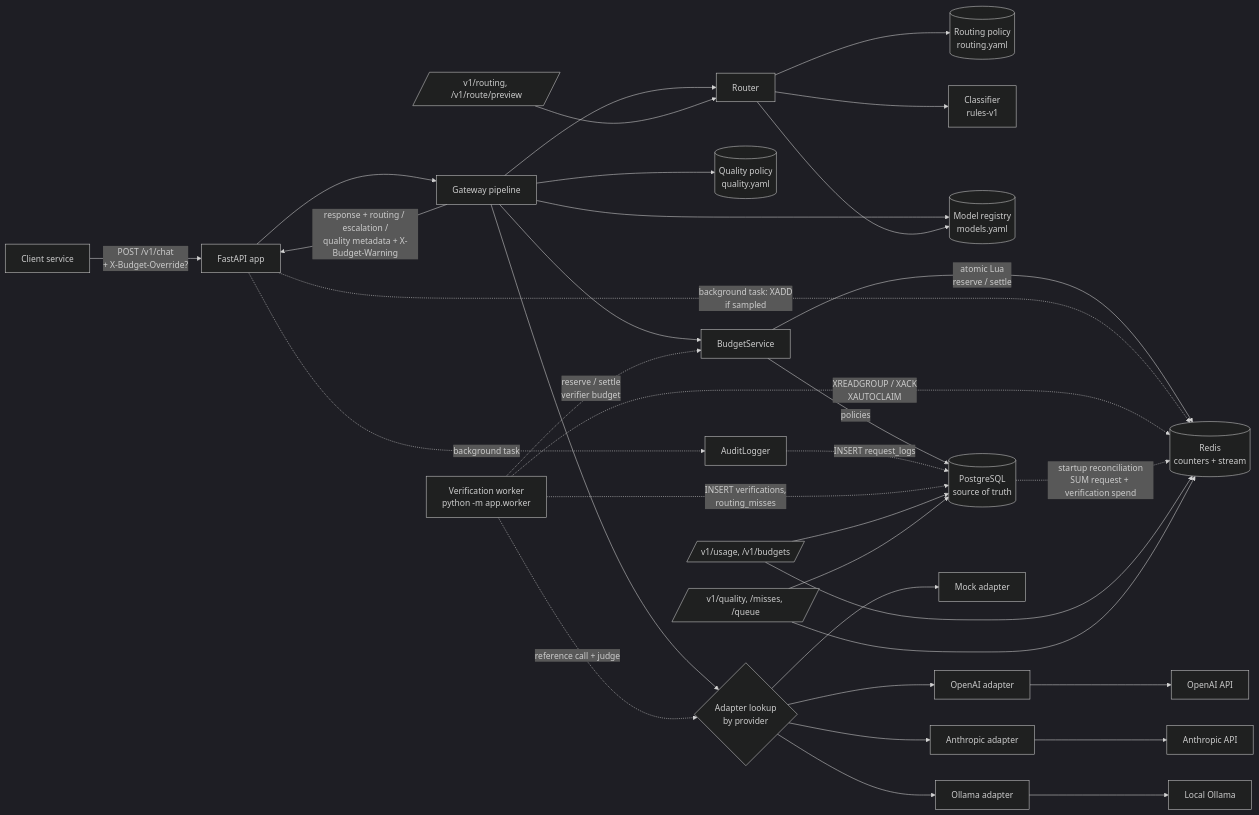
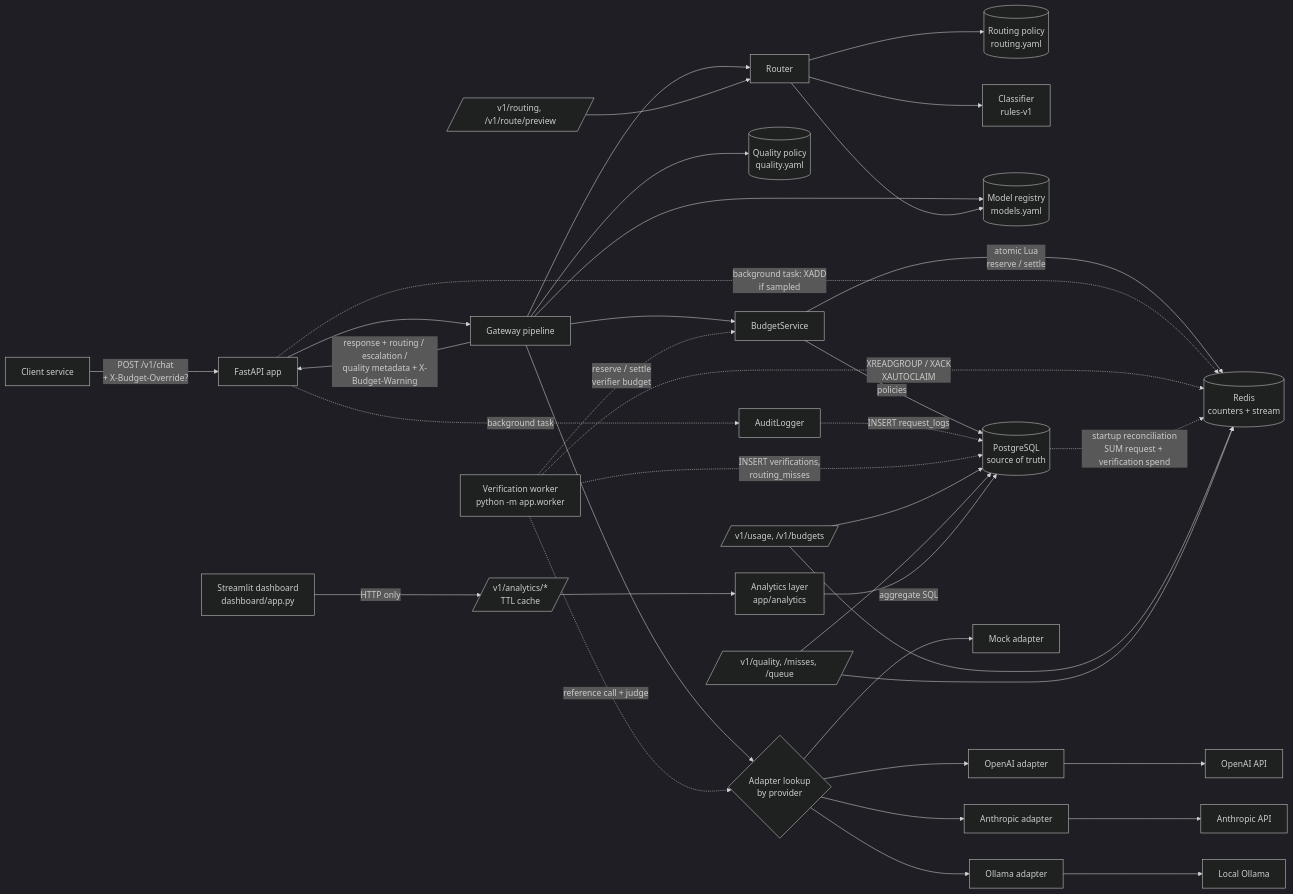
One commit to Abhigyanv23/llm-spend-control changed the first of 6 diagrams in docs/architecture.md. Above: the diagram before and after it, drawn with Mermaid (dark theme). The commit also changed other lines of this file and 32 other files, not shown here.

````diff
--- a/docs/architecture.md
+++ b/docs/architecture.md
@@ -5,32 +5,34 @@
 ```mermaid
 flowchart LR
     C[Client service] -->|POST /v1/chat<br/>+ X-Budget-Override?| API[FastAPI app]
     API --> GW[Gateway pipeline]
     GW --> RT[Router]
     RT --> RC[(Routing policy<br/>routing.yaml)]
     RT --> CL[Classifier<br/>rules-v1]
     GW --> QP[(Quality policy<br/>quality.yaml)]
     GW --> REG[(Model registry<br/>models.yaml)]
     RT --> REG
     GW --> BS[BudgetService]
     BS -->|policies| PG[(PostgreSQL<br/>source of truth)]
     BS -->|atomic Lua<br/>reserve / settle| RD[(Redis<br/>counters + stream)]
     GW --> AD{Adapter lookup<br/>by provider}
     AD --> OA[OpenAI adapter] --> OAPI[OpenAI API]
     AD --> AN[Anthropic adapter] --> AAPI[Anthropic API]
     AD --> OL[Ollama adapter] --> OLL[Local Ollama]
     AD --> MK[Mock adapter]
     GW -->|response + routing / escalation /<br/>quality metadata + X-Budget-Warning| API
     API -.->|background task| AU[AuditLogger] -.->|INSERT request_logs| PG
     API -.->|background task: XADD<br/>if sampled| RD
     WK[Verification worker<br/>python -m app.worker] -.->|XREADGROUP / XACK<br/>XAUTOCLAIM| RD
     WK -.->|reference call + judge| AD
     WK -.->|reserve / settle<br/>verifier budget| BS
     WK -.->|INSERT verifications,<br/>routing_misses| PG
     PG -.->|startup reconciliation<br/>SUM request + verification spend| RD
     UB[/v1/usage, /v1/budgets/] --> PG
     UB --> RD
     RA[/v1/routing, /v1/route/preview/] --> RT
     QA[/v1/quality, /misses, /queue/] --> PG
     QA --> RD
+    DB[Streamlit dashboard<br/>dashboard/app.py] -->|HTTP only| AN2[/v1/analytics/*<br/>TTL cache/]
+    AN2 --> AL[Analytics layer<br/>app/analytics] -->|aggregate SQL| PG
 ```
````
